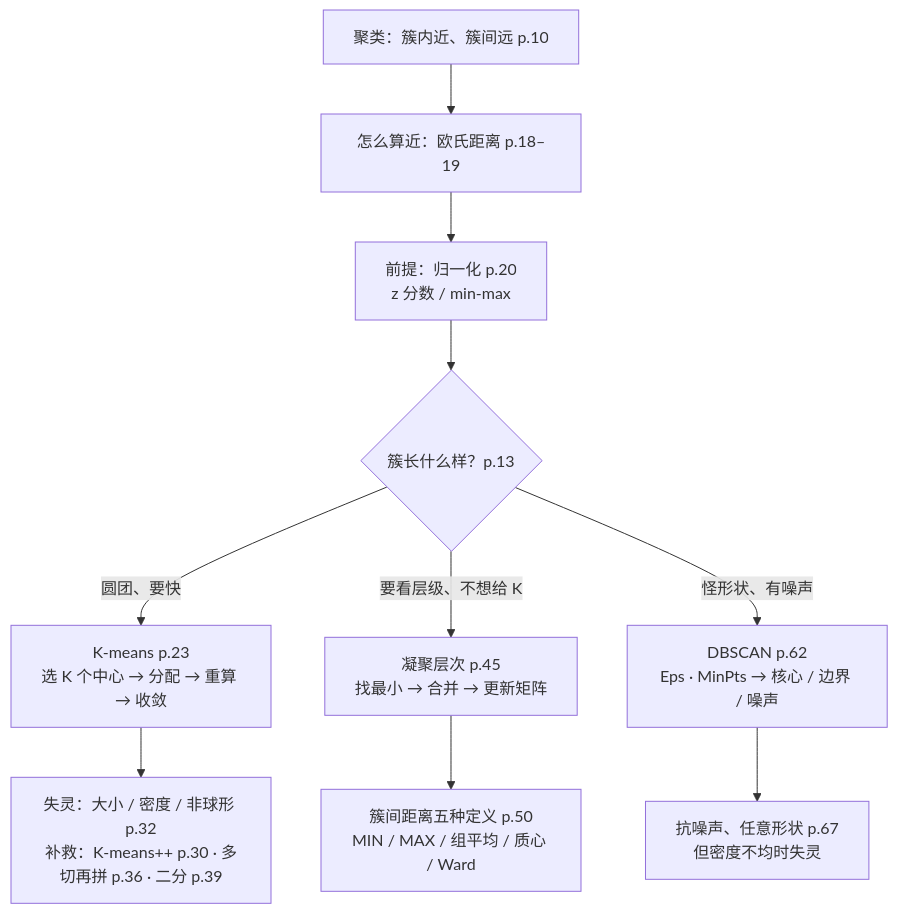
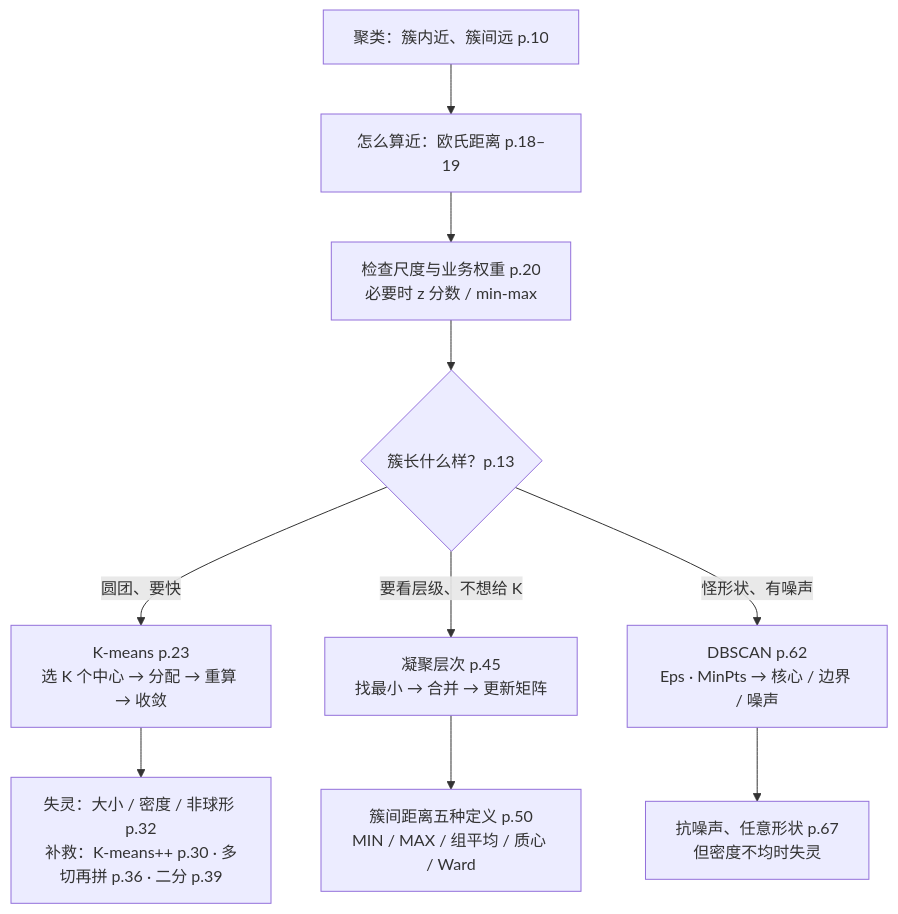
Before and after one commit to CercaTrovato/cityu-ai-course-notes: the ninth of 11 diagrams in IS6400_Business_Data_Analytics/notes/M05-聚类-Kmeans层次与DBSCAN.md, drawn with Mermaid. The commit also changed other lines of this file and 116 other files, not shown here.

````diff
--- a/IS6400_Business_Data_Analytics/notes/M05-聚类-Kmeans层次与DBSCAN.md
+++ b/IS6400_Business_Data_Analytics/notes/M05-聚类-Kmeans层次与DBSCAN.md
@@ -1669,12 +2102,12 @@
 ```mermaid
 flowchart TD
     A[聚类：簇内近、簇间远 p.10] --> B[怎么算近：欧氏距离 p.18–19]
-    B --> C[前提：归一化 p.20<br/>z 分数 / min-max]
+    B --> C[检查尺度与业务权重 p.20<br/>必要时 z 分数 / min-max]
     C --> D{簇长什么样？p.13}
     D -->|圆团、要快| K[K-means p.23<br/>选 K 个中心 → 分配 → 重算 → 收敛]
     D -->|要看层级、不想给 K| H[凝聚层次 p.45<br/>找最小 → 合并 → 更新矩阵]
     D -->|怪形状、有噪声| S[DBSCAN p.62<br/>Eps · MinPts → 核心 / 边界 / 噪声]
     K --> K1[失灵：大小 / 密度 / 非球形 p.32<br/>补救：K-means++ p.30 · 多切再拼 p.36 · 二分 p.39]
     H --> H1[簇间距离五种定义 p.50<br/>MIN / MAX / 组平均 / 质心 / Ward]
     S --> S1[抗噪声、任意形状 p.67<br/>但密度不均时失灵]
 ```
````
